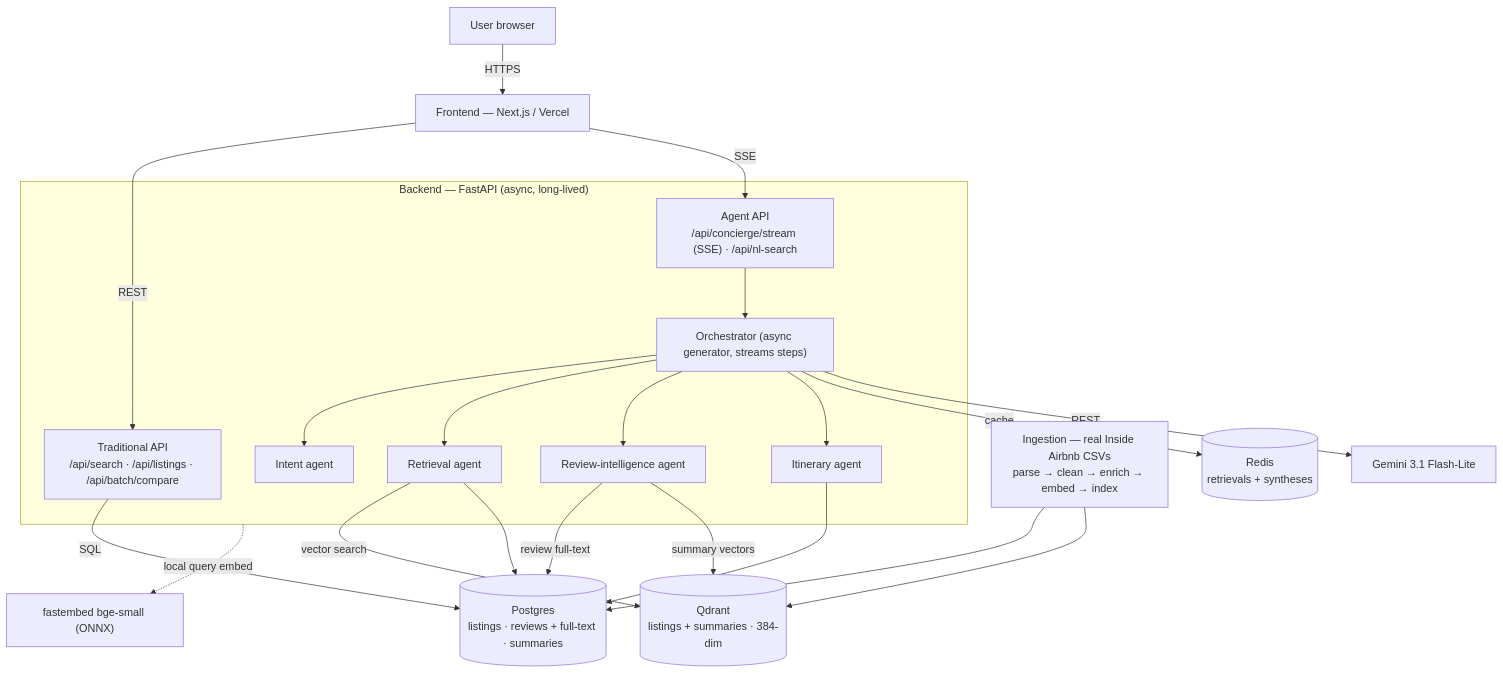
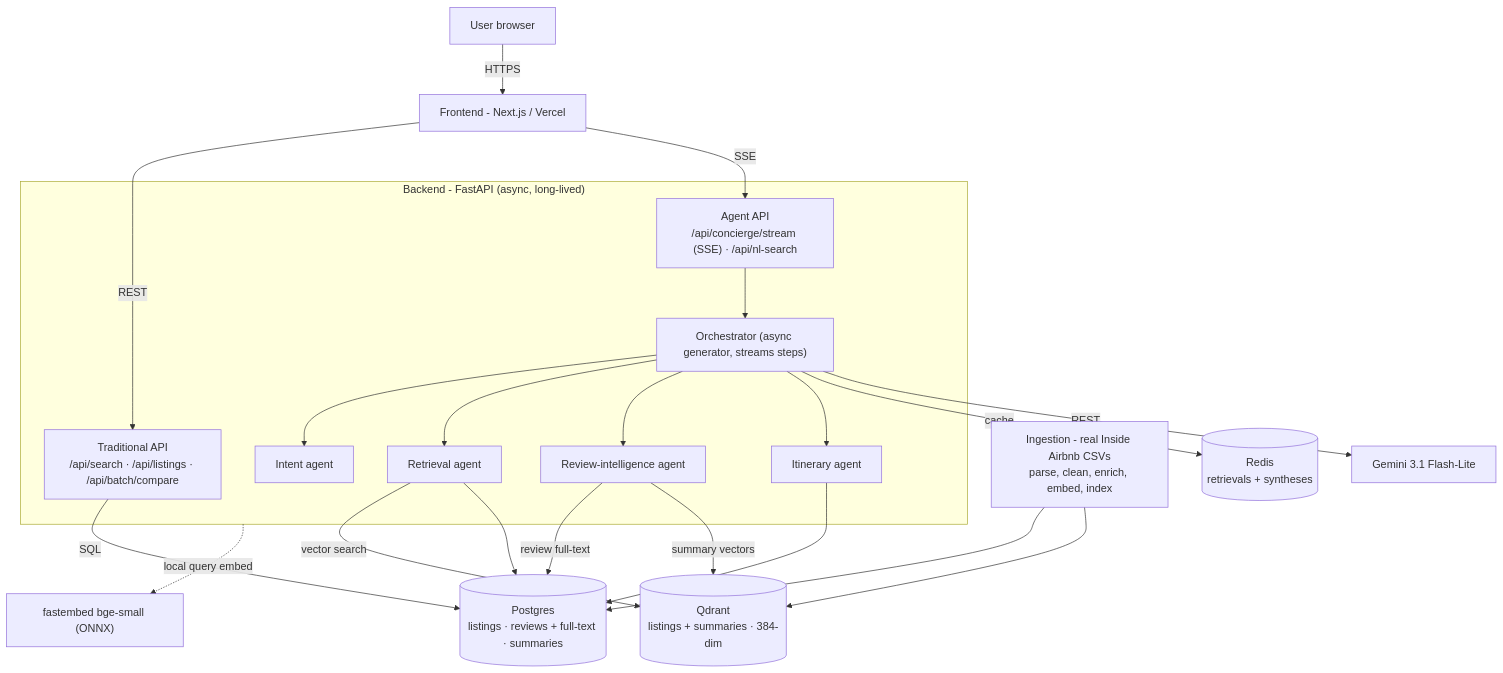
Before and after one commit to pRiMeXoMeGa/travel-discovery-ai: the diagram in README.md, drawn with Mermaid. The commit also changed other lines of this file and 3 other files, not shown here.

````diff
--- a/README.md
+++ b/README.md
@@ -22,30 +24,30 @@
 ```mermaid
 flowchart TD
-    U[User browser] -->|HTTPS| FE["Frontend — Next.js / Vercel"]
+    U[User browser] -->|HTTPS| FE["Frontend - Next.js / Vercel"]
     FE -->|REST| API
     FE -->|SSE| STREAM
 
-    subgraph BE["Backend — FastAPI (async, long-lived)"]
+    subgraph BE["Backend - FastAPI (async, long-lived)"]
         API["Traditional API<br/>/api/search · /api/listings · /api/batch/compare"]
         STREAM["Agent API<br/>/api/concierge/stream (SSE) · /api/nl-search"]
         ORCH["Orchestrator (async generator, streams steps)"]
         STREAM --> ORCH
         ORCH --> AINT[Intent agent]
         ORCH --> ARET[Retrieval agent]
         ORCH --> AREV[Review-intelligence agent]
         ORCH --> AITI[Itinerary agent]
     end
 
     API -->|SQL| PG[("Postgres<br/>listings · reviews + full-text · summaries")]
     ARET -->|vector search| QD[("Qdrant<br/>listings + summaries · 384-dim")]
     ARET --> PG
     AREV -->|review full-text| PG
     AREV -->|summary vectors| QD
     AITI --> PG
     ORCH -->|cache| RD[("Redis<br/>retrievals + syntheses")]
     ORCH -->|REST| LLM["Gemini 3.1 Flash-Lite"]
     BE -.->|local query embed| EMB["fastembed bge-small (ONNX)"]
 
-    ING["Ingestion — real Inside Airbnb CSVs<br/>parse → clean → enrich → embed → index"] --> PG
+    ING["Ingestion - real Inside Airbnb CSVs<br/>parse, clean, enrich, embed, index"] --> PG
     ING --> QD
 ```
````
